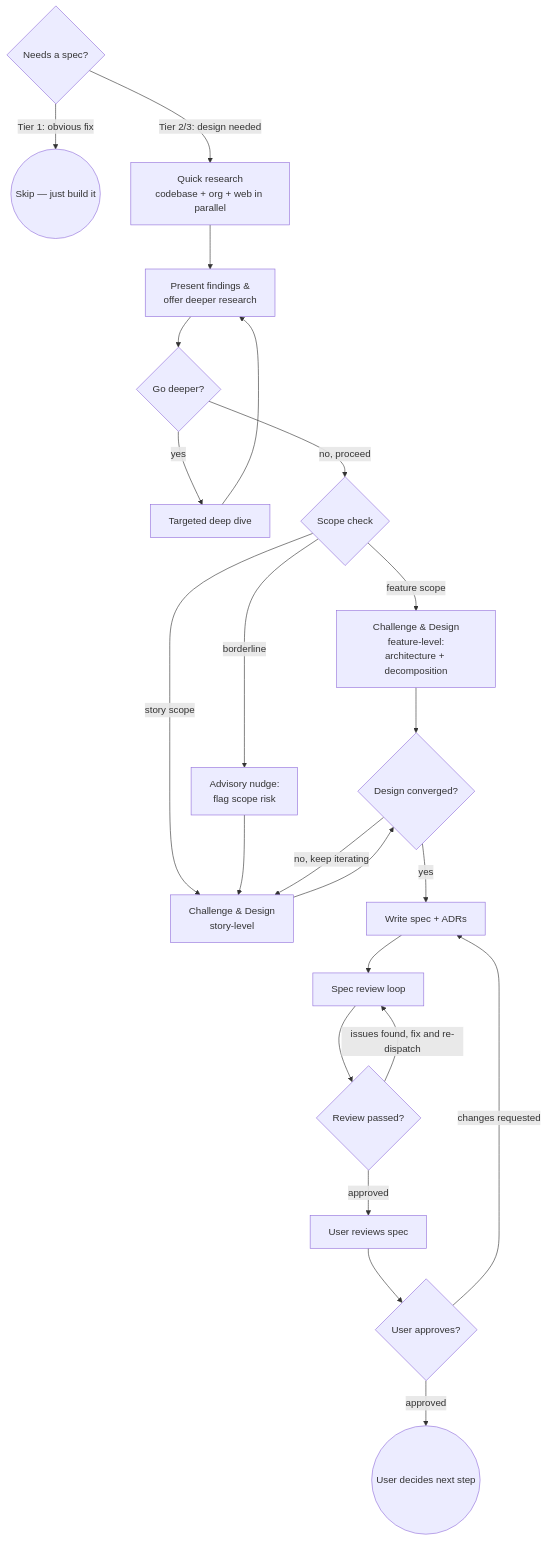
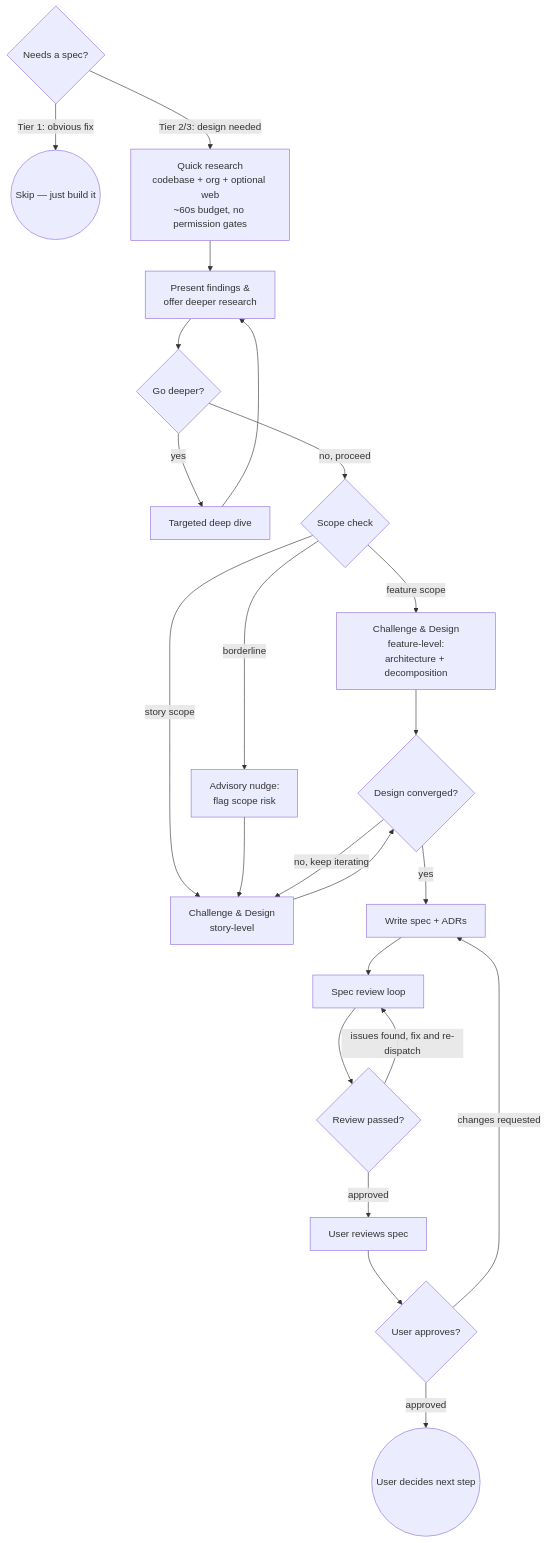
Before and after one commit to NooBat/claude: the diagram in skills/pair-brainstorm/SKILL.md, drawn with Mermaid. The commit also changed other lines of this file, not shown here.

First line of the commit message:
fix: make web search autonomous with budget instead of permission gates

````diff
--- a/skills/pair-brainstorm/SKILL.md
+++ b/skills/pair-brainstorm/SKILL.md
@@ -26,26 +26,26 @@
 ```mermaid
 flowchart TD
     A{Needs a spec?}
     A -->|Tier 1: obvious fix| B((Skip — just build it))
-    A -->|Tier 2/3: design needed| C[Quick research\ncodebase + org + web in parallel]
+    A -->|Tier 2/3: design needed| C[Quick research\ncodebase + org + optional web\n~60s budget, no permission gates]
     C --> D[Present findings &\noffer deeper research]
     D --> E{Go deeper?}
     E -->|yes| F[Targeted deep dive]
     F --> D
     E -->|no, proceed| G{Scope check}
     G -->|feature scope| H[Challenge & Design\nfeature-level:\narchitecture + decomposition]
     G -->|borderline| I[Advisory nudge:\nflag scope risk]
     G -->|story scope| J[Challenge & Design\nstory-level]
     I --> J
     J --> K{Design converged?}
     H --> K
     K -->|no, keep iterating| J
     K -->|yes| L[Write spec + ADRs]
     L --> M[Spec review loop]
     M --> N{Review passed?}
     N -->|issues found, fix and re-dispatch| M
     N -->|approved| O[User reviews spec]
     O --> P{User approves?}
     P -->|changes requested| L
     P -->|approved| Q((User decides next step))
 ```
````
